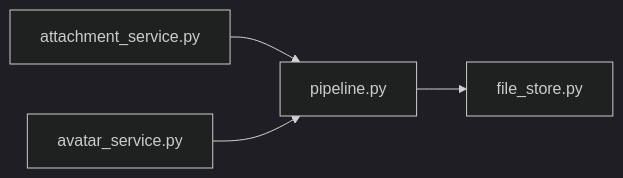
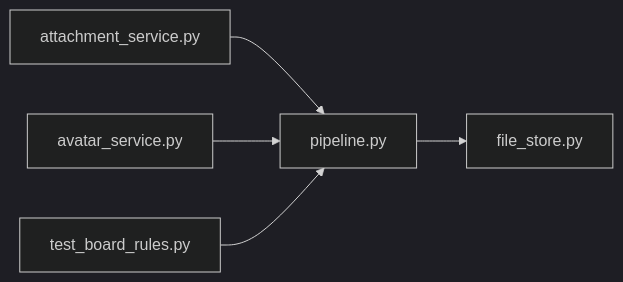
The diagram in .cluedoc/graph/backend/src/backend/services/storage/pipeline.md (minkong-dev/Banblit), drawn with Mermaid (dark theme) before and after one commit. The commit also changed other lines of this file and 33 other files, not shown here.

First line of the commit message:
backend: trim rationale from feature docstrings, fix stale comments and add service rule tests

````diff
--- a/.cluedoc/graph/backend/src/backend/services/storage/pipeline.md
+++ b/.cluedoc/graph/backend/src/backend/services/storage/pipeline.md
@@ -10,7 +10,8 @@
 ```mermaid
 flowchart LR
   backend_src_backend_services_storage_pipeline["pipeline.py"]
   backend_src_backend_services_storage_pipeline --> backend_src_backend_services_storage_file_store["file_store.py"]
   backend_src_backend_services_board_attachment_service["attachment_service.py"] --> backend_src_backend_services_storage_pipeline
   backend_src_backend_services_roster_avatar_service["avatar_service.py"] --> backend_src_backend_services_storage_pipeline
+  backend_tests_unit_test_board_rules["test_board_rules.py"] --> backend_src_backend_services_storage_pipeline
 ```
````
